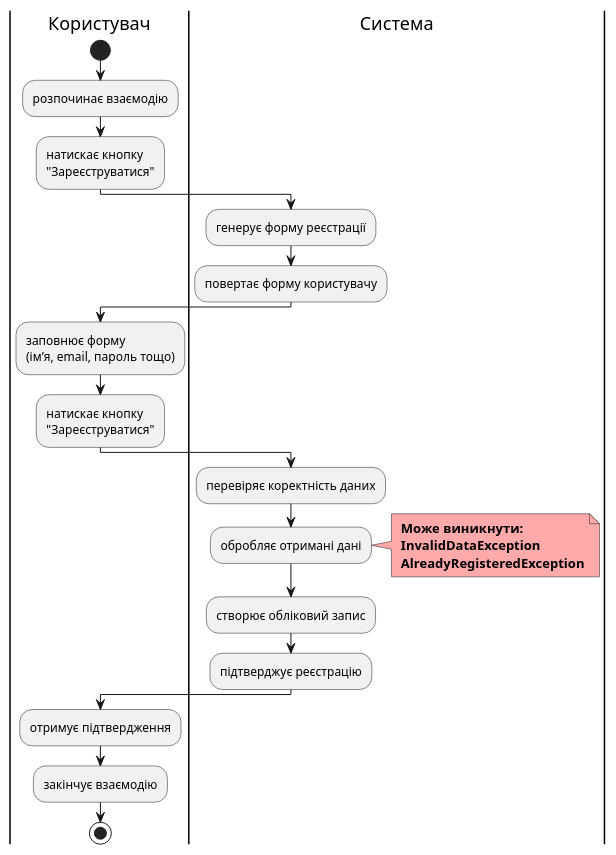
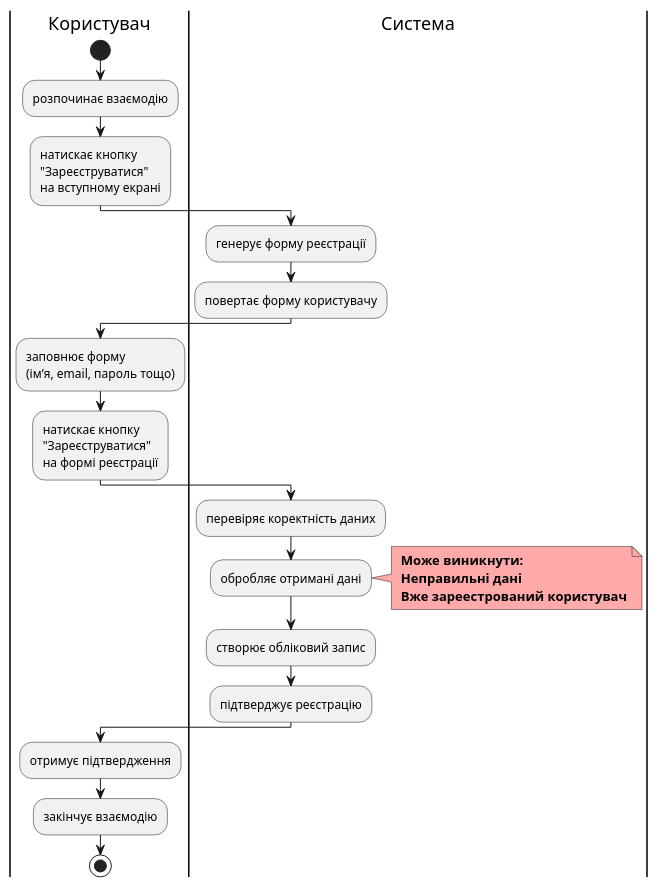
Before and after one commit to elidorbeth/edu_db_labs: the second of 8 diagrams in docs/use cases/README.md, drawn with PlantUML. The commit also changed other lines of this file, not shown here.

```diff
--- a/docs/use cases/README.md
+++ b/docs/use cases/README.md
@@ -75,34 +75,34 @@
 @startuml
 
 |Користувач|
 start
 :розпочинає взаємодію;
-:натискає кнопку\n"Зареєструватися";
+:натискає кнопку\n"Зареєструватися"\nна вступному екрані;
 
 |Система|
 :генерує форму реєстрації;
 :повертає форму користувачу;
 
 |Користувач|
 :заповнює форму\n(ім’я, email, пароль тощо);
-:натискає кнопку\n"Зареєструватися";
+:натискає кнопку\n"Зареєструватися"\nна формі реєстрації;
 
 |Система|
 :перевіряє коректність даних;
 
 :обробляє отримані дані;
 note right #ffaaaa
 <b> Може виникнути:
-<b> InvalidDataException
-<b> AlreadyRegisteredException
+<b> Неправильні дані
+<b> Вже зареестрований користувач
 end note
 
 :створює обліковий запис;
 :підтверджує реєстрацію;
 
 |Користувач|
 :отримує підтвердження;
 :закінчує взаємодію;
 stop
 
 @enduml
```
